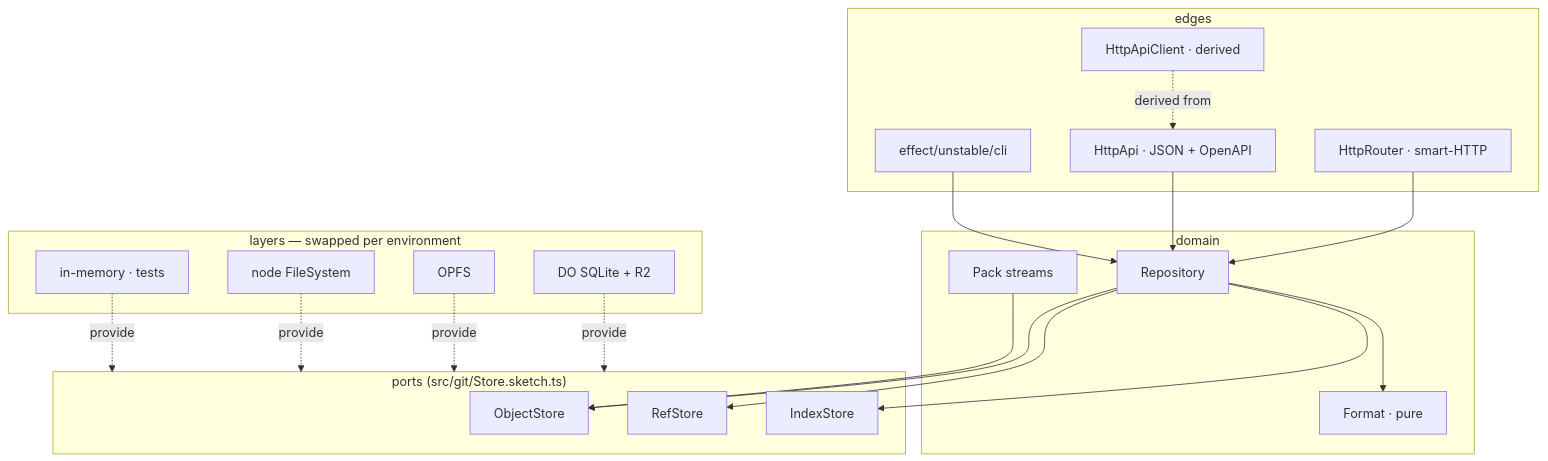
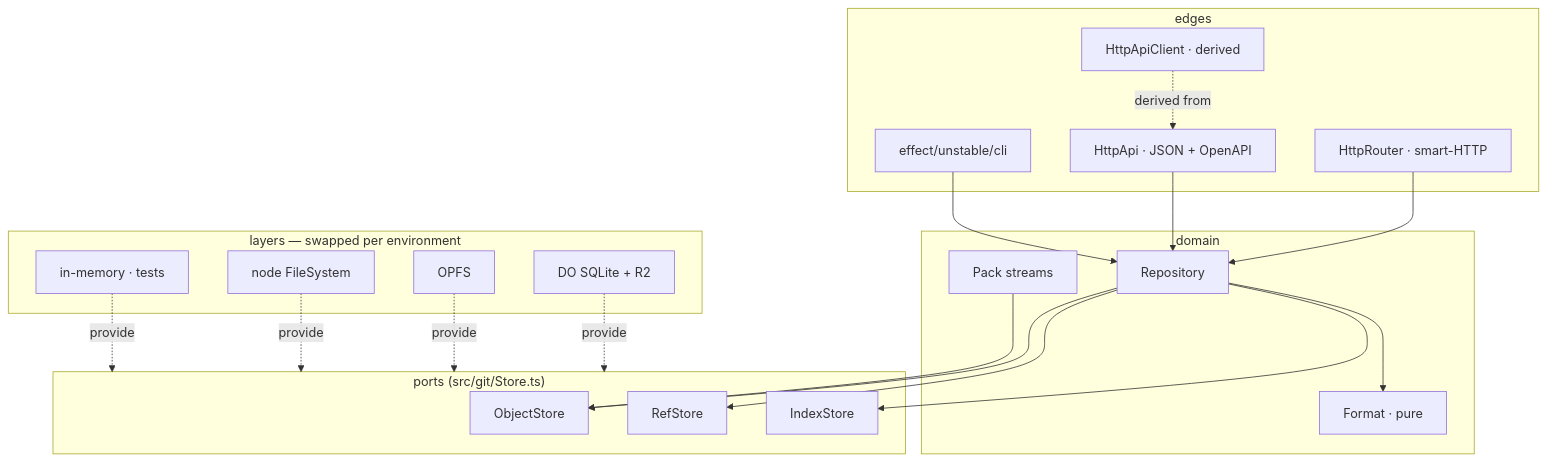
The diagram in docs/rewrite.md (chr33s/git), drawn with Mermaid before and after one commit. The commit also changed other lines of this file and 25 other files, not shown here.

````diff
--- a/docs/rewrite.md
+++ b/docs/rewrite.md
@@ -140,37 +140,37 @@
 ```mermaid
 flowchart TB
-	subgraph ports["ports (src/git/Store.sketch.ts)"]
+	subgraph ports["ports (src/git/Store.ts)"]
 		OS[ObjectStore]
 		RS[RefStore]
 		IS[IndexStore]
 	end
 
 	subgraph domain["domain"]
 		REPO[Repository]
 		PACK[Pack streams]
 		FMT[Format · pure]
 	end
 
 	subgraph edges["edges"]
 		PROTO[HttpRouter · smart-HTTP]
 		API[HttpApi · JSON + OpenAPI]
 		CLI[effect/unstable/cli]
 		CLIENT[HttpApiClient · derived]
 	end
 
 	subgraph layers["layers — swapped per environment"]
 		CF[DO SQLite + R2]
 		OPFS[OPFS]
 		NODE[node FileSystem]
 		MEM[in-memory · tests]
 	end
 
 	PROTO --> REPO
 	API --> REPO
 	CLI --> REPO
 	CLIENT -.derived from.-> API
 	REPO --> OS & RS & IS
 	REPO --> FMT
 	PACK --> OS
 	CF & OPFS & NODE & MEM -.provide.-> ports
 ```
````
